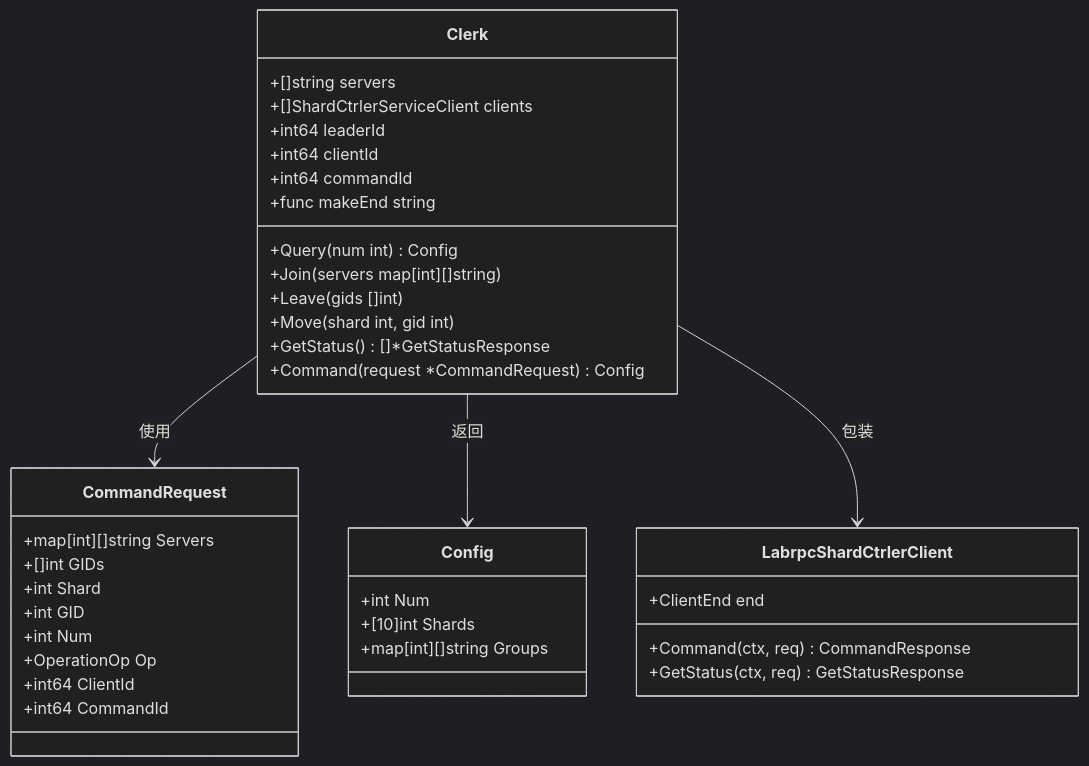
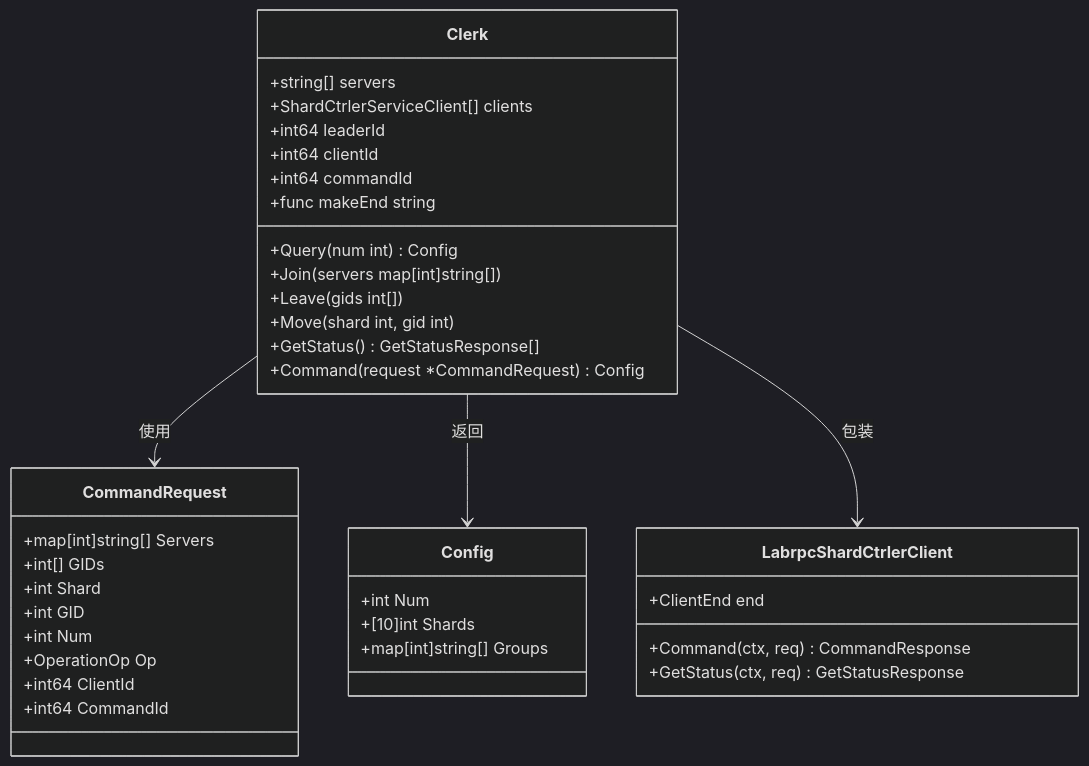
Before and after one commit to eraft-io/eraft: the second of 12 diagrams in wiki/客户端实现/配置控制器客户端.md, drawn with Mermaid (dark theme). The commit also changed other lines of this file and 35 other files, not shown here.

````diff
--- a/wiki/客户端实现/配置控制器客户端.md
+++ b/wiki/客户端实现/配置控制器客户端.md
@@ -73,40 +73,40 @@
 ```mermaid
 classDiagram
 class Clerk {
-+[]string servers
-+[]ShardCtrlerServiceClient clients
++string[] servers
++ShardCtrlerServiceClient[] clients
 +int64 leaderId
 +int64 clientId
 +int64 commandId
 +func makeEnd string
 +Query(num int) Config
-+Join(servers map[int][]string)
-+Leave(gids []int)
++Join(servers map[int]string[])
++Leave(gids int[])
 +Move(shard int, gid int)
-+GetStatus() []*GetStatusResponse
++GetStatus() GetStatusResponse[]
 +Command(request *CommandRequest) Config
 }
 class CommandRequest {
-+map[int][]string Servers
-+[]int GIDs
++map[int]string[] Servers
++int[] GIDs
 +int Shard
 +int GID
 +int Num
 +OperationOp Op
 +int64 ClientId
 +int64 CommandId
 }
 class Config {
 +int Num
 +[10]int Shards
-+map[int][]string Groups
++map[int]string[] Groups
 }
 class LabrpcShardCtrlerClient {
 +ClientEnd end
 +Command(ctx, req) CommandResponse
 +GetStatus(ctx, req) GetStatusResponse
 }
 Clerk --> CommandRequest : 使用
 Clerk --> Config : 返回
 Clerk --> LabrpcShardCtrlerClient : 包装
 ```
````
